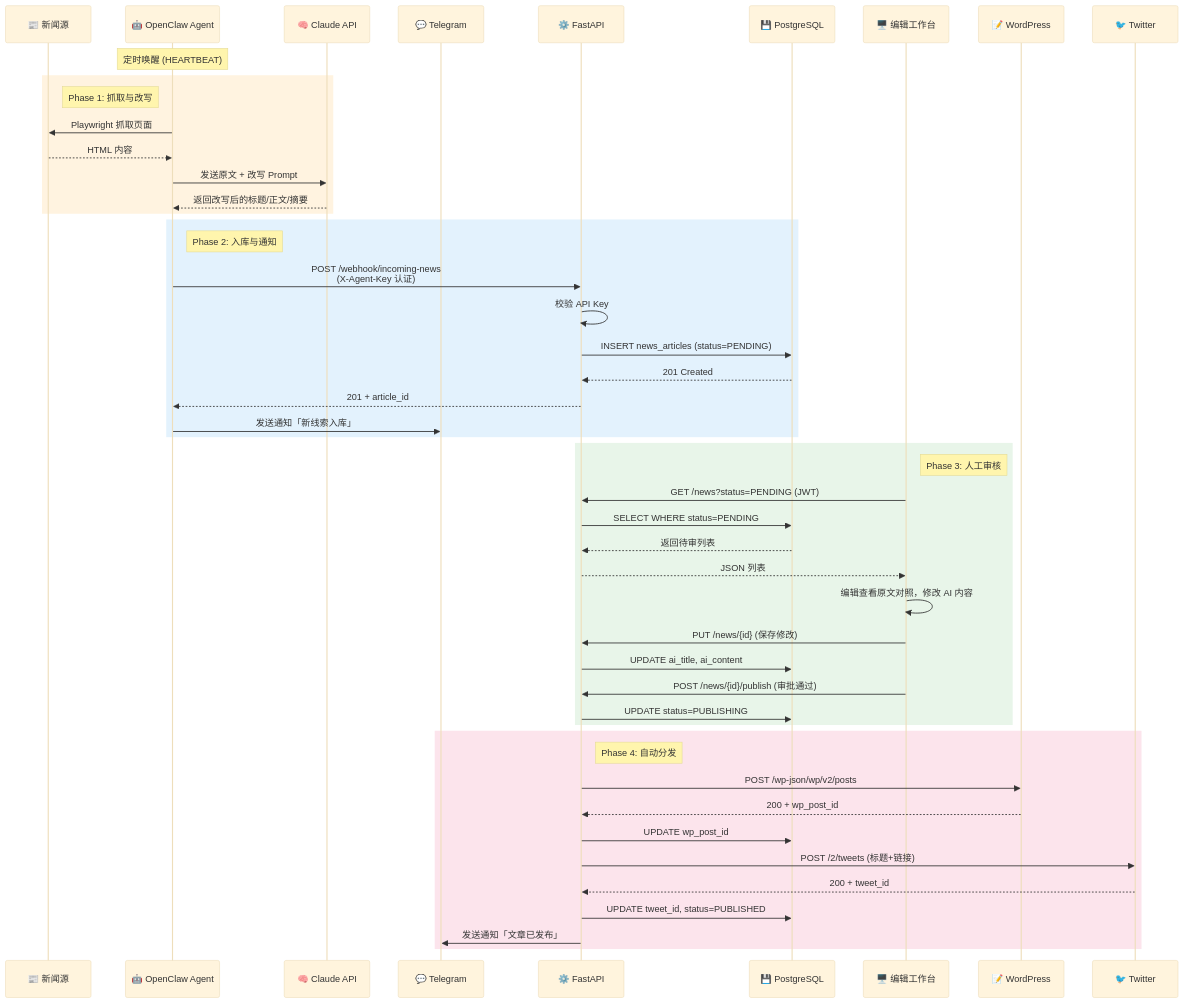
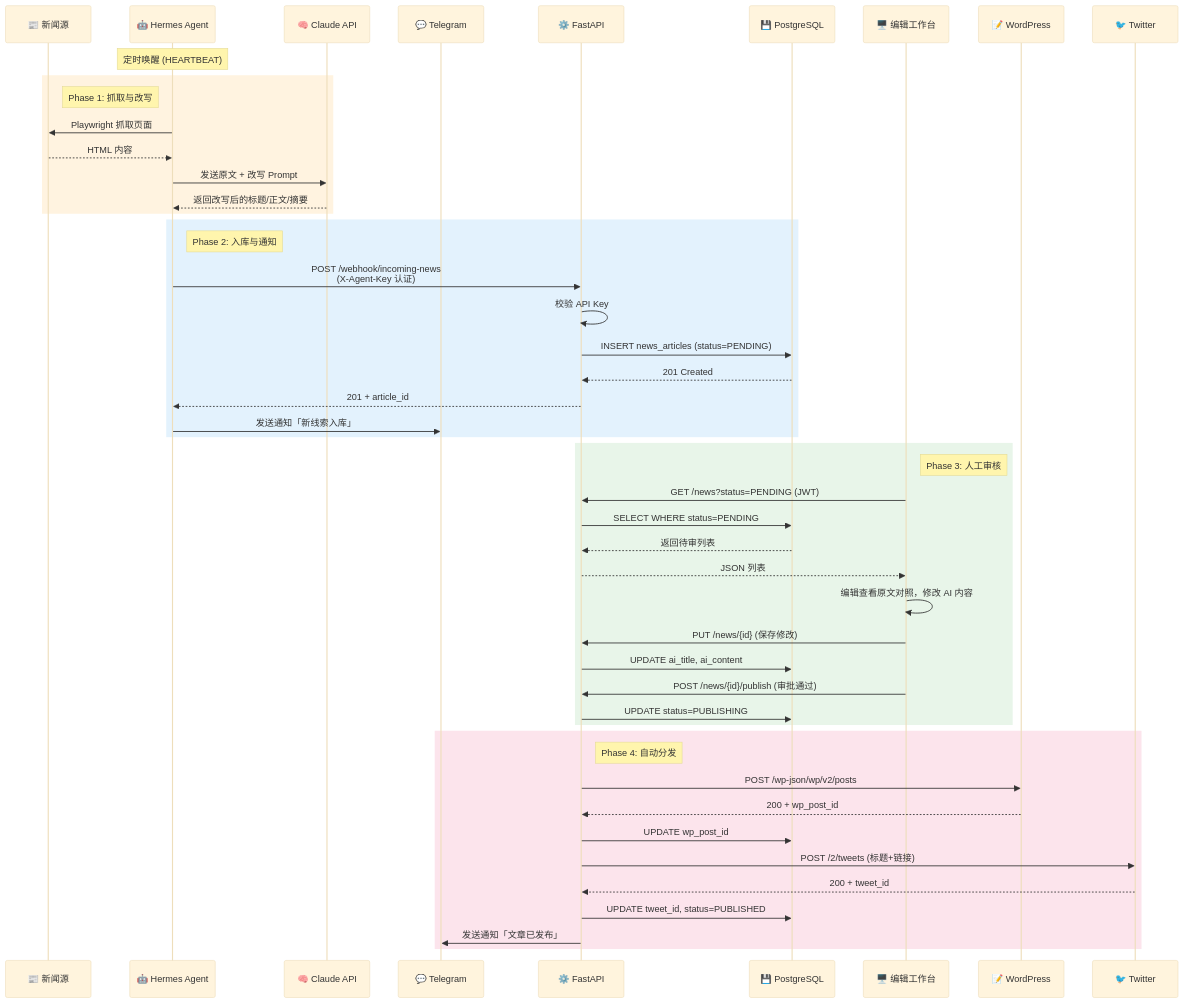
The second of 6 diagrams in docs/architecture.md (Guitang0414/Tiffany-Z-Intern-2026), drawn with Mermaid (base theme) before and after one commit. The commit also changed other lines of this file and 5 other files, not shown here.

First line of the commit message:
update tech stack to Hermes Agent + Hetzner/Dokploy, add internship plan and CLAUDE.md

````diff
--- a/docs/architecture.md
+++ b/docs/architecture.md
@@ -84,56 +82,56 @@
 ```mermaid
 sequenceDiagram
     participant NS as 📰 新闻源
-    participant Agent as 🤖 OpenClaw Agent
+    participant Agent as 🤖 Hermes Agent
     participant Claude as 🧠 Claude API
     participant TG as 💬 Telegram
     participant API as ⚙️ FastAPI
     participant DB as 💾 PostgreSQL
     participant UI as 🖥️ 编辑工作台
     participant WP as 📝 WordPress
     participant TW as 🐦 Twitter
 
     Note over Agent: 定时唤醒 (HEARTBEAT)
 
     rect rgb(255, 243, 224)
         Note right of NS: Phase 1: 抓取与改写
         Agent->>NS: Playwright 抓取页面
         NS-->>Agent: HTML 内容
         Agent->>Claude: 发送原文 + 改写 Prompt
         Claude-->>Agent: 返回改写后的标题/正文/摘要
     end
 
     rect rgb(227, 242, 253)
         Note right of Agent: Phase 2: 入库与通知
         Agent->>API: POST /webhook/incoming-news<br/>(X-Agent-Key 认证)
         API->>API: 校验 API Key
         API->>DB: INSERT news_articles (status=PENDING)
         DB-->>API: 201 Created
         API-->>Agent: 201 + article_id
         Agent->>TG: 发送通知「新线索入库」
     end
 
     rect rgb(232, 245, 233)
         Note right of UI: Phase 3: 人工审核
         UI->>API: GET /news?status=PENDING (JWT)
         API->>DB: SELECT WHERE status=PENDING
         DB-->>API: 返回待审列表
         API-->>UI: JSON 列表
         UI->>UI: 编辑查看原文对照，修改 AI 内容
         UI->>API: PUT /news/{id} (保存修改)
         API->>DB: UPDATE ai_title, ai_content
         UI->>API: POST /news/{id}/publish (审批通过)
         API->>DB: UPDATE status=PUBLISHING
     end
 
     rect rgb(252, 228, 236)
         Note right of API: Phase 4: 自动分发
         API->>WP: POST /wp-json/wp/v2/posts
         WP-->>API: 200 + wp_post_id
         API->>DB: UPDATE wp_post_id
         API->>TW: POST /2/tweets (标题+链接)
         TW-->>API: 200 + tweet_id
         API->>DB: UPDATE tweet_id, status=PUBLISHED
         API->>TG: 发送通知「文章已发布」
     end
 ```
````
